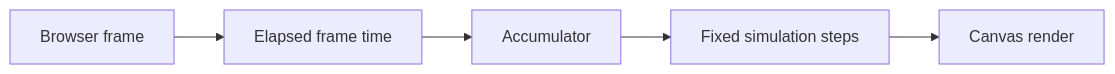
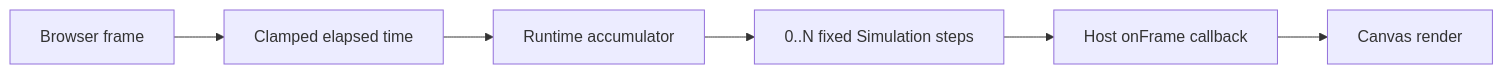
The second of 5 diagrams in src/visualization/README.md (fa-ribeiro/vLab2D), drawn with Mermaid before and after one commit. The commit also changed other lines of this file and 10 other files, not shown here.

Commit message:
refactor(runtime): extract browser simulation loop

````diff
--- a/src/visualization/README.md
+++ b/src/visualization/README.md
@@ -116,10 +116,11 @@
 ```mermaid
 flowchart LR
     F[Browser frame]
-    D[Elapsed frame time]
-    A[Accumulator]
-    S[Fixed simulation steps]
+    D[Clamped elapsed time]
+    A[Runtime accumulator]
+    S[0..N fixed Simulation steps]
+    H[Host onFrame callback]
     R[Canvas render]
 
-    F --> D --> A --> S --> R
+    F --> D --> A --> S --> H --> R
 ```
````
